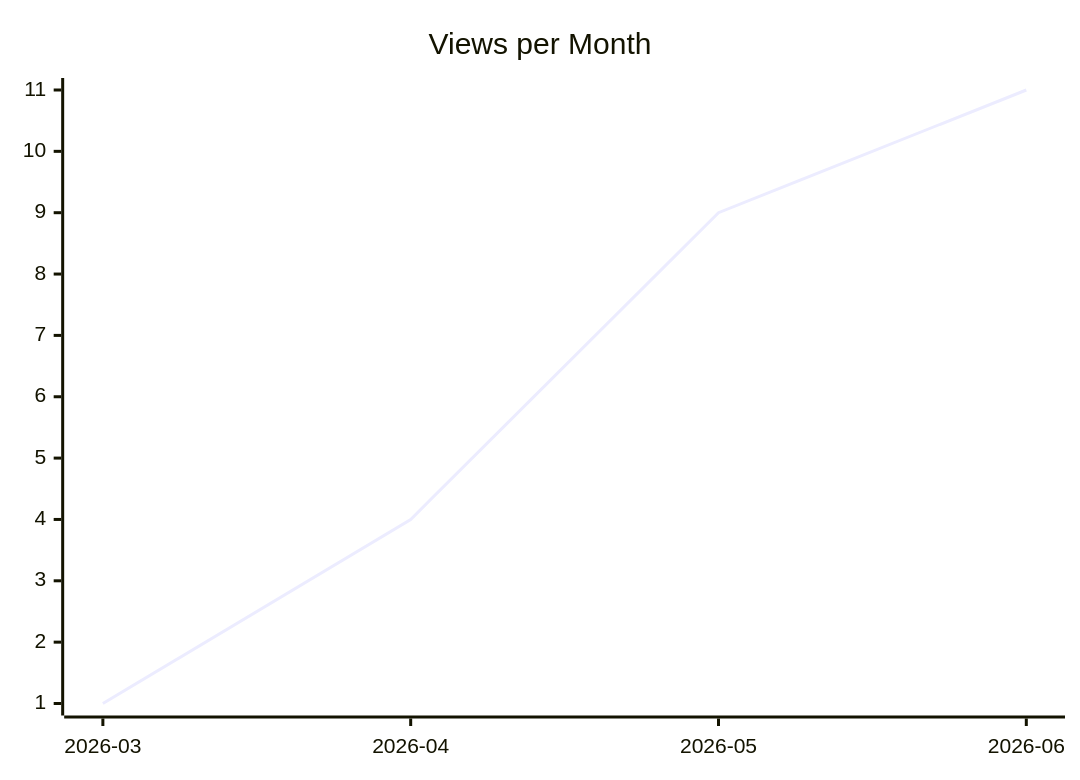
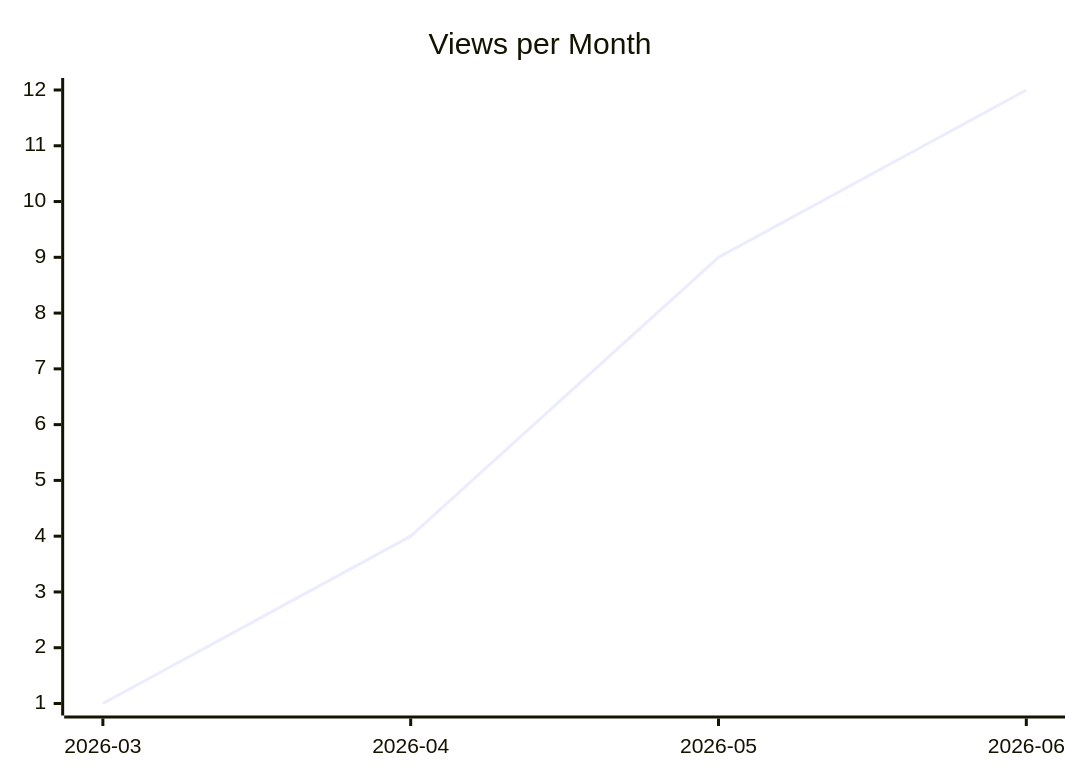
The second of 3 diagrams in justdavis-family/justdavis/README.md (justdavis-family/github-analytics-data), drawn with Mermaid before and after one commit. The commit also changed other lines of this file and 195 other files, not shown here.

````diff
--- a/justdavis-family/justdavis/README.md
+++ b/justdavis-family/justdavis/README.md
@@ -12,6 +12,6 @@
 ```mermaid
 xychart-beta
   title "Views per Month"
   x-axis ["2026-03", "2026-04", "2026-05", "2026-06"]
-  line [1, 4, 9, 11]
+  line [1, 4, 9, 12]
 ```
````
